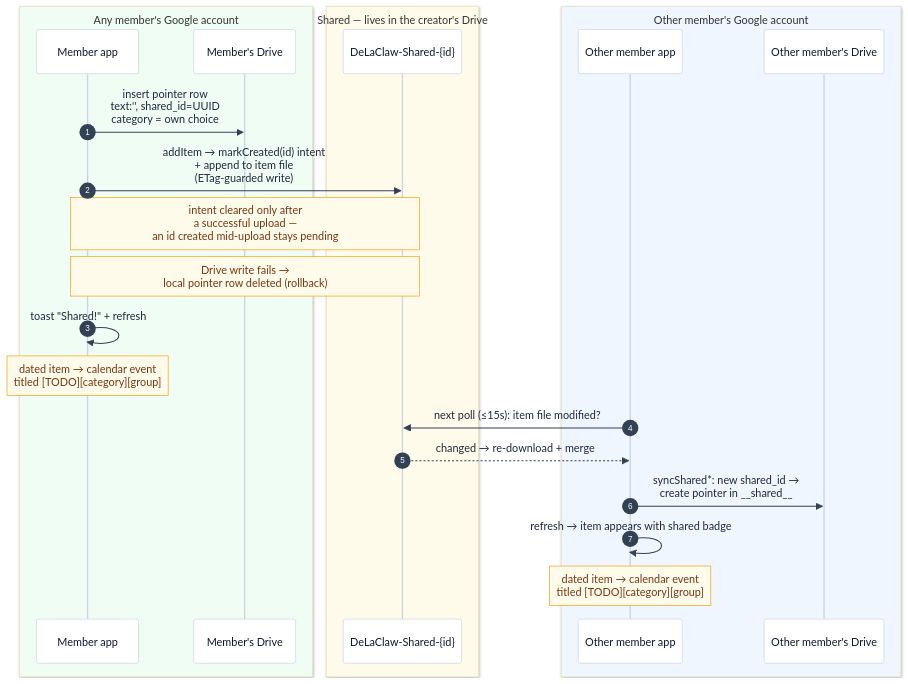
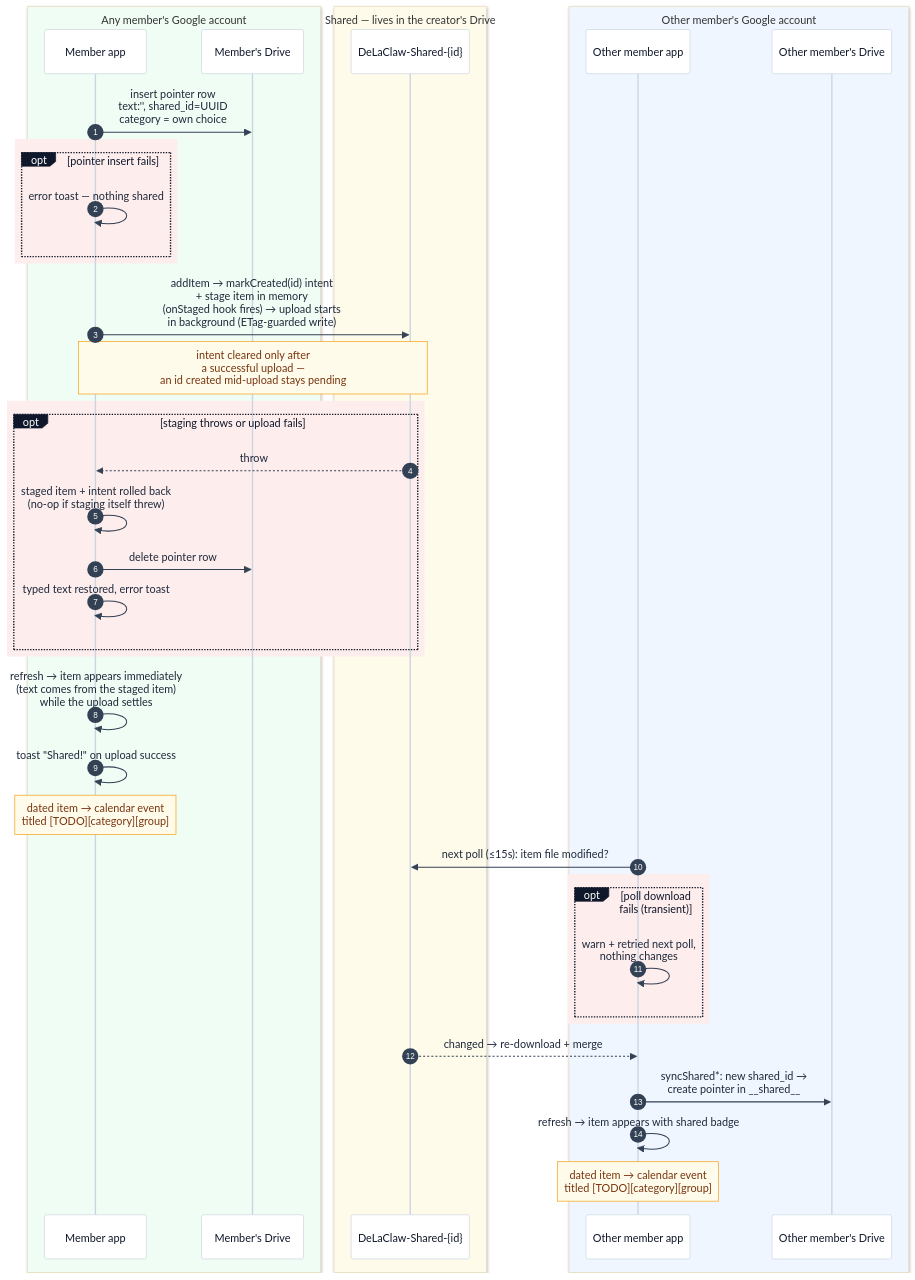
One commit to AntGro/DeLaClaw changed the sixth of 14 diagrams in docs-site/sharing.md. Above: the diagram before and after it, drawn with Mermaid. The commit also changed other lines of this file and 18 other files, not shown here.

First line of the commit message:
feat(sharing): optimistic mutations, gated account wipe, diagram conventions

````diff
--- a/docs-site/sharing.md
+++ b/docs-site/sharing.md
@@ -271,28 +271,46 @@
 ```mermaid
 %%{init: {'theme': 'base', 'themeVariables': {'background': '#fbfaf8', 'actorBkg': '#ffffff', 'actorBorder': '#cbd5e1', 'actorTextColor': '#0f172a', 'actorLineColor': '#cbd5e1', 'signalColor': '#334155', 'signalTextColor': '#1e293b', 'noteBkgColor': '#fffbeb', 'noteBorderColor': '#f59e0b', 'noteTextColor': '#78350f', 'labelBoxBkgColor': '#0f172a', 'labelBoxBorderColor': '#0f172a', 'labelTextColor': '#ffffff'}}}%%
 sequenceDiagram
     autonumber
     box rgb(240,253,244) Any member's Google account
     participant MA as Member app
     participant MD as Member's Drive
     end
     box rgb(255,251,235) Shared — lives in the creator's Drive
     participant SF as DeLaClaw-Shared-{id}
     end
     box rgb(239,246,255) Other member's Google account
     participant OA as Other member app
     participant OD as Other member's Drive
     end
 
     MA->>MD: insert pointer row<br/>text:'', shared_id=UUID<br/>category = own choice
-    MA->>SF: addItem → markCreated(id) intent<br/>+ append to item file<br/>(ETag-guarded write)
+    rect rgb(253, 237, 236)
+    opt pointer insert fails
+        MA->>MA: error toast — nothing shared
+    end
+    end
+    MA->>SF: addItem → markCreated(id) intent<br/>+ stage item in memory<br/>(onStaged hook fires) → upload starts<br/>in background (ETag-guarded write)
     Note over MA,SF: intent cleared only after<br/>a successful upload —<br/>an id created mid-upload stays pending
-    Note over MA,SF: Drive write fails →<br/>local pointer row deleted (rollback)
-    MA->>MA: toast "Shared!" + refresh
+    rect rgb(253, 237, 236)
+    opt staging throws or upload fails
+        SF-->>MA: throw
+        MA->>MA: staged item + intent rolled back<br/>(no-op if staging itself threw)
+        MA->>MD: delete pointer row
+        MA->>MA: typed text restored, error toast
+    end
+    end
+    MA->>MA: refresh → item appears immediately<br/>(text comes from the staged item)<br/>while the upload settles
+    MA->>MA: toast "Shared!" on upload success
     Note over MA: dated item → calendar event<br/>titled [TODO][category][group]
     OA->>SF: next poll (≤15s): item file modified?
+    rect rgb(253, 237, 236)
+    opt poll download fails (transient)
+        OA->>OA: warn + retried next poll,<br/>nothing changes
+    end
+    end
     SF-->>OA: changed → re-download + merge
     OA->>OD: syncShared*: new shared_id →<br/>create pointer in __shared__
     OA->>OA: refresh → item appears with shared badge
     Note over OA: dated item → calendar event<br/>titled [TODO][category][group]
 ```
````
